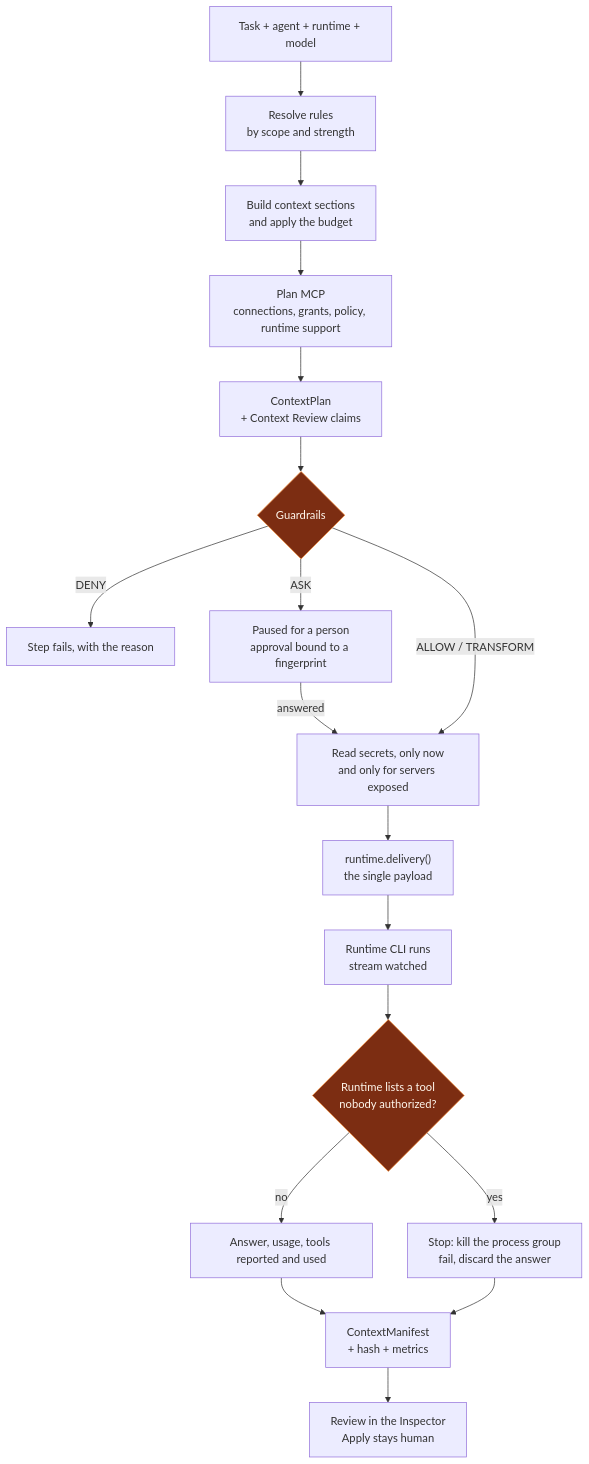
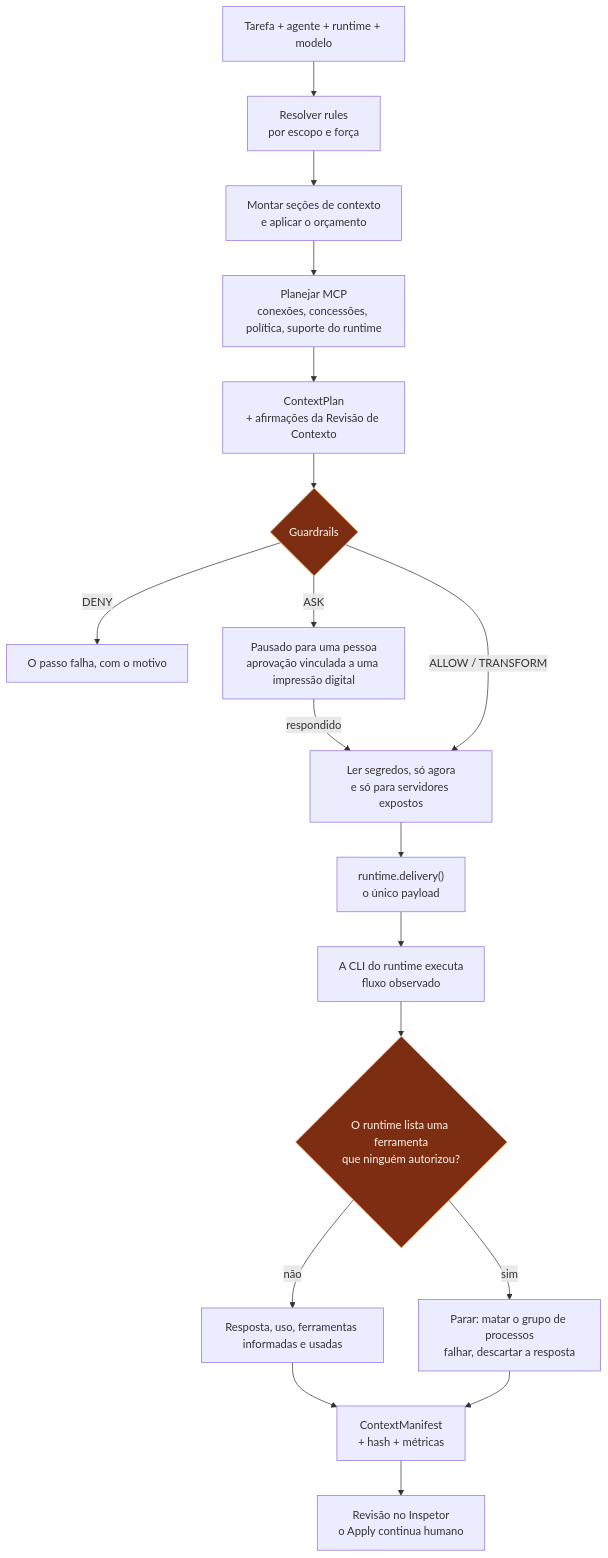
Before and after one commit to LucasAlt40/project-atlas: the third of 6 diagrams in docs/architecture/diagrams.md, drawn with Mermaid. The commit also changed other lines of this file and 38 other files, not shown here.

Commit message:
docs: translate architecture documentation to Portuguese

````diff
--- a/docs/architecture/diagrams.md
+++ b/docs/architecture/diagrams.md
@@ -93,23 +94,23 @@
 ```mermaid
 flowchart TD
-    A["Task + agent + runtime + model"] --> B["Resolve rules<br/>by scope and strength"]
-    B --> C["Build context sections<br/>and apply the budget"]
-    C --> D["Plan MCP<br/>connections, grants, policy, runtime support"]
-    D --> E["ContextPlan<br/>+ Context Review claims"]
+    A["Tarefa + agente + runtime + modelo"] --> B["Resolver rules<br/>por escopo e força"]
+    B --> C["Montar seções de contexto<br/>e aplicar o orçamento"]
+    C --> D["Planejar MCP<br/>conexões, concessões, política, suporte do runtime"]
+    D --> E["ContextPlan<br/>+ afirmações da Revisão de Contexto"]
     E --> F{"Guardrails"}
-    F -->|"DENY"| X["Step fails, with the reason"]
-    F -->|"ASK"| P["Paused for a person<br/>approval bound to a fingerprint"]
-    P -->|"answered"| G
-    F -->|"ALLOW / TRANSFORM"| G["Read secrets, only now<br/>and only for servers exposed"]
-    G --> H["runtime.delivery()<br/>the single payload"]
-    H --> I["Runtime CLI runs<br/>stream watched"]
-    I --> J{"Runtime lists a tool<br/>nobody authorized?"}
-    J -->|"yes"| K["Stop: kill the process group<br/>fail, discard the answer"]
-    J -->|"no"| L["Answer, usage, tools reported and used"]
-    L --> M["ContextManifest<br/>+ hash + metrics"]
+    F -->|"DENY"| X["O passo falha, com o motivo"]
+    F -->|"ASK"| P["Pausado para uma pessoa<br/>aprovação vinculada a uma impressão digital"]
+    P -->|"respondido"| G
+    F -->|"ALLOW / TRANSFORM"| G["Ler segredos, só agora<br/>e só para servidores expostos"]
+    G --> H["runtime.delivery()<br/>o único payload"]
+    H --> I["A CLI do runtime executa<br/>fluxo observado"]
+    I --> J{"O runtime lista uma ferramenta<br/>que ninguém autorizou?"}
+    J -->|"sim"| K["Parar: matar o grupo de processos<br/>falhar, descartar a resposta"]
+    J -->|"não"| L["Resposta, uso, ferramentas informadas e usadas"]
+    L --> M["ContextManifest<br/>+ hash + métricas"]
     K --> M
-    M --> N["Review in the Inspector<br/>Apply stays human"]
+    M --> N["Revisão no Inspetor<br/>o Apply continua humano"]
 
     classDef gate fill:#7c2d12,stroke:#fb923c,color:#fff7ed;
     class F,J gate;
 ```
````
